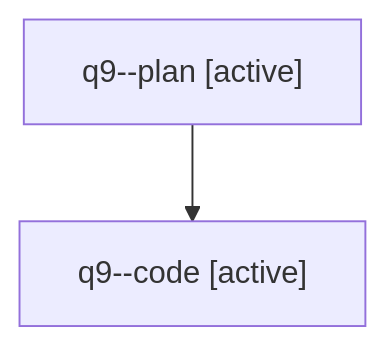
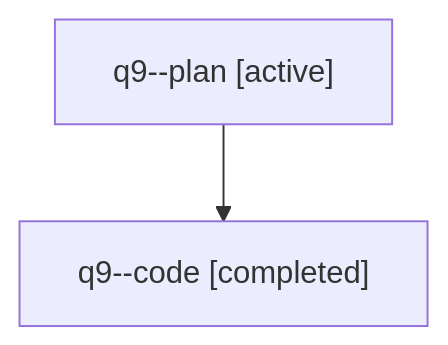
One commit to sase-org/sase--agents changed the diagram in families/bbugyi200.athena.q9.md. Above: the diagram before and after it, drawn with Mermaid. The commit also changed other lines of this file and 5813 other files, not shown here.

````diff
--- a/families/bbugyi200.athena.q9.md
+++ b/families/bbugyi200.athena.q9.md
@@ -9,6 +9,6 @@
 ```mermaid
 flowchart TD
   n0["q9--plan [active]"]
-  n1["q9--code [active]"]
+  n1["q9--code [completed]"]
   n0 --> n1
 ```
````
